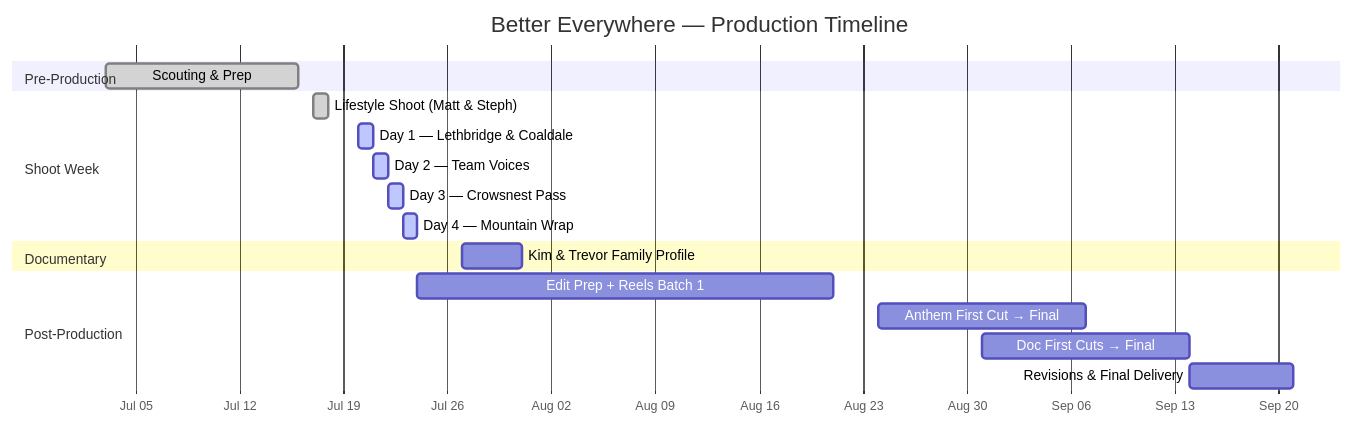
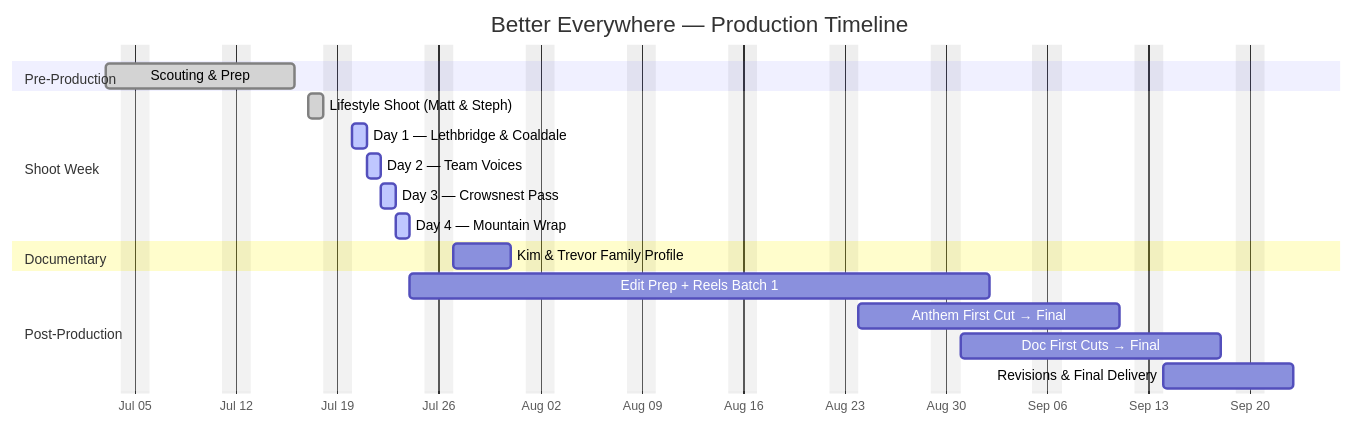
Before and after one commit to mwarf/coalbanks-portal: the diagram in src/content/portal/stranville-living/production-plan.mdx, drawn with Mermaid. The commit also changed 3 other files, not shown here.

````diff
--- a/src/content/portal/stranville-living/production-plan.mdx
+++ b/src/content/portal/stranville-living/production-plan.mdx
@@ -53,25 +53,27 @@
 ```mermaid
 gantt
 title Better Everywhere — Production Timeline
 dateFormat YYYY-MM-DD
 axisFormat %b %d
+tickInterval 1week
+excludes weekends
 
 section Pre-Production
 Scouting & Prep           :done, scout, 2026-07-03, 2026-07-16
 
 section Shoot Week
 Lifestyle Shoot (Matt & Steph) :done, lifestyle, 2026-07-17, 1d
 Day 1 — Lethbridge & Coaldale :active, day1, 2026-07-20, 1d
 Day 2 — Team Voices          :active, day2, 2026-07-21, 1d
 Day 3 — Crowsnest Pass       :active, day3, 2026-07-22, 1d
 Day 4 — Mountain Wrap        :active, day4, 2026-07-23, 1d
 
 section Documentary
 Kim & Trevor Family Profile :doc, 2026-07-27, 4d
 
 section Post-Production
 Edit Prep + Reels Batch 1  :post1, 2026-07-24, 28d
 Anthem First Cut → Final   :post2, 2026-08-24, 14d
 Doc First Cuts → Final     :post3, 2026-08-31, 14d
 Revisions & Final Delivery :post4, 2026-09-14, 7d
 ```
````
